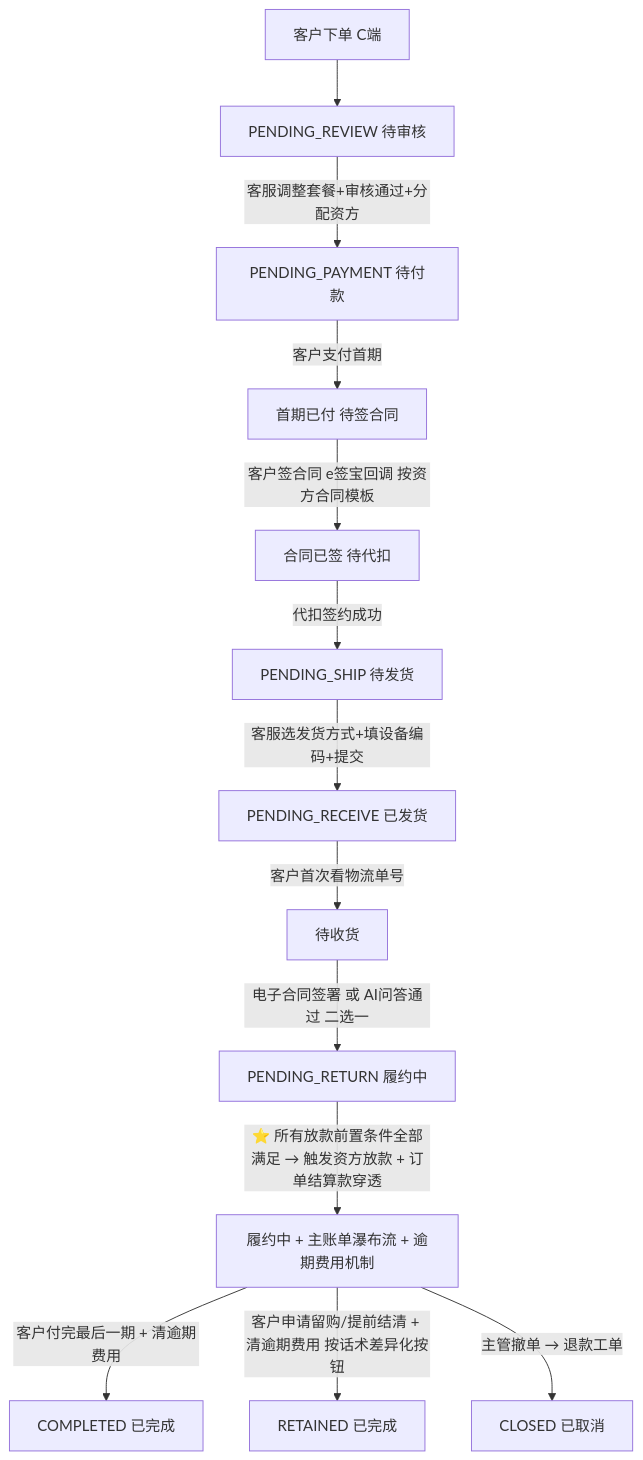
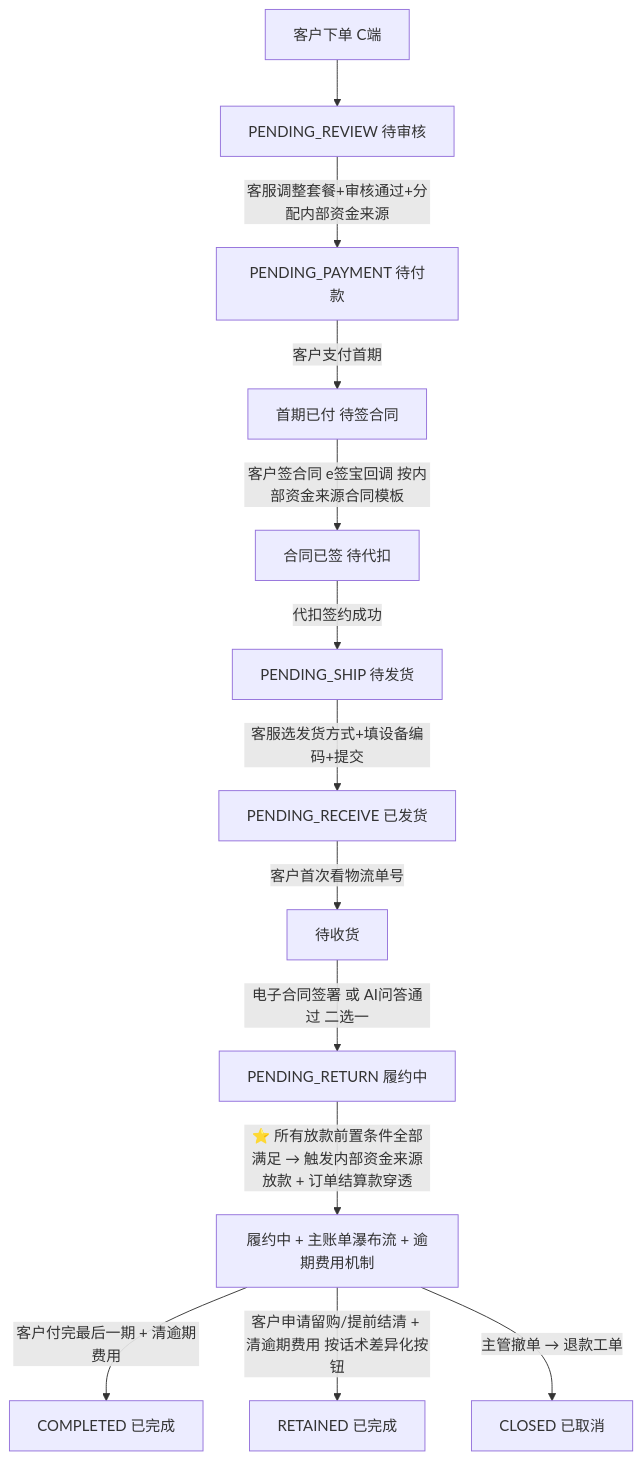
The diagram in PRD/V0.2/modules/运营端/订单管理/08_长租订单全生命周期与客服操作.md (joezjyan-bot/mandian-prd), drawn with Mermaid before and after one commit. The commit also changed other lines of this file and 79 other files, not shown here.

````diff
--- a/PRD/V0.2/modules/运营端/订单管理/08_长租订单全生命周期与客服操作.md
+++ b/PRD/V0.2/modules/运营端/订单管理/08_长租订单全生命周期与客服操作.md
@@ -596,15 +596,15 @@
 ```mermaid
 flowchart TD
     A[客户下单 C端] --> B[PENDING_REVIEW 待审核]
-    B -->|客服调整套餐+审核通过+分配资方| C[PENDING_PAYMENT 待付款]
+    B -->|客服调整套餐+审核通过+分配内部资金来源| C[PENDING_PAYMENT 待付款]
     C -->|客户支付首期| C1[首期已付 待签合同]
-    C1 -->|客户签合同 e签宝回调 按资方合同模板| C2[合同已签 待代扣]
+    C1 -->|客户签合同 e签宝回调 按内部资金来源合同模板| C2[合同已签 待代扣]
     C2 -->|代扣签约成功| D[PENDING_SHIP 待发货]
     D -->|客服选发货方式+填设备编码+提交| E[PENDING_RECEIVE 已发货]
     E -->|客户首次看物流单号| E1[待收货]
     E1 -->|电子合同签署 或 AI问答通过 二选一| F[PENDING_RETURN 履约中]
-    F -->|⭐ 所有放款前置条件全部满足 → 触发资方放款 + 订单结算款穿透| G[履约中 + 主账单瀑布流 + 逾期费用机制]
+    F -->|⭐ 所有放款前置条件全部满足 → 触发内部资金来源放款 + 订单结算款穿透| G[履约中 + 主账单瀑布流 + 逾期费用机制]
     G -->|客户付完最后一期 + 清逾期费用| H1[COMPLETED 已完成]
     G -->|客户申请留购/提前结清 + 清逾期费用 按话术差异化按钮| H2[RETAINED 已完成]
     G -->|主管撤单 → 退款工单| H3[CLOSED 已取消]
 ```
````
